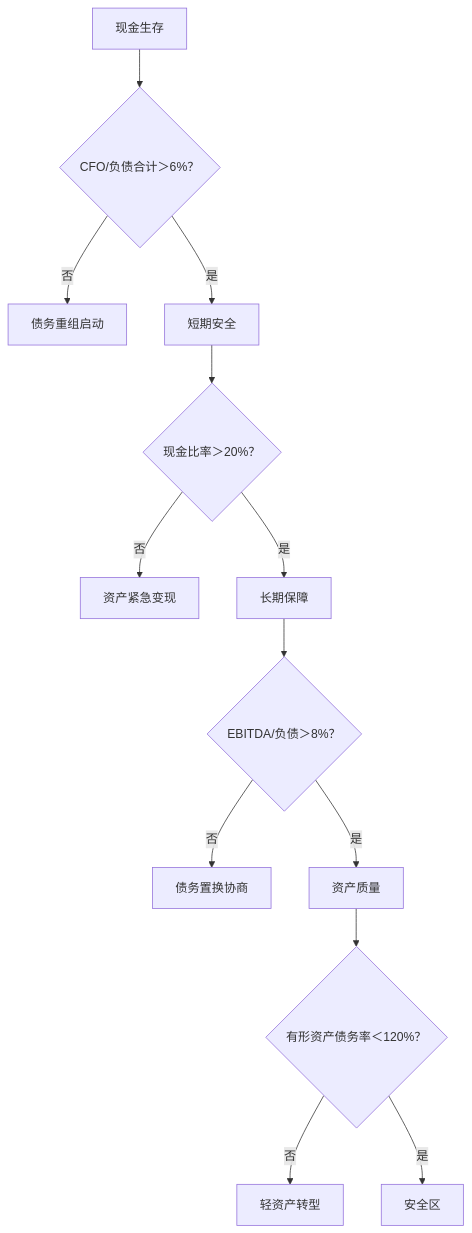
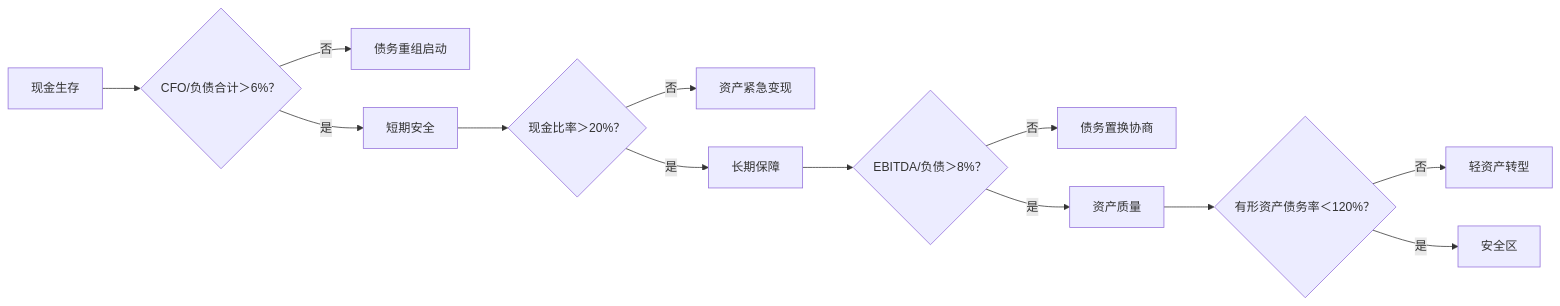
Before and after one commit to u588/app: diagram 13 of 13 in AiStock/财务分析.md, drawn with Mermaid. The commit also changed other lines of this file and 6 other files, not shown here.

````diff
--- a/AiStock/财务分析.md
+++ b/AiStock/财务分析.md
@@ -972,16 +972,16 @@
 ```mermaid
 
-graph TD
-A[现金生存] --> A1{CFO/负债合计＞6%？}
-A1 -- 否 --> 债务重组启动
-A1 -- 是 --> B[短期安全]
-B --> B1{现金比率＞20%？}
-B1 -- 否 --> 资产紧急变现
-B1 -- 是 --> C[长期保障]
-C --> C1{EBITDA/负债＞8%？}
-C1 -- 否 --> 债务置换协商
-C1 -- 是 --> D[资产质量]
-D --> D1{有形资产债务率＜120%？}
-D1 -- 否 --> 轻资产转型
-D1 -- 是 --> 安全区
+graph LR
+    A[现金生存] --> A1{CFO/负债合计＞6%？}
+    A1 -- 否 --> 债务重组启动
+    A1 -- 是 --> B[短期安全]
+    B --> B1{现金比率＞20%？}
+    B1 -- 否 --> 资产紧急变现
+    B1 -- 是 --> C[长期保障]
+    C --> C1{EBITDA/负债＞8%？}
+    C1 -- 否 --> 债务置换协商
+    C1 -- 是 --> D[资产质量]
+    D --> D1{有形资产债务率＜120%？}
+    D1 -- 否 --> 轻资产转型
+    D1 -- 是 --> 安全区
 ```
````
